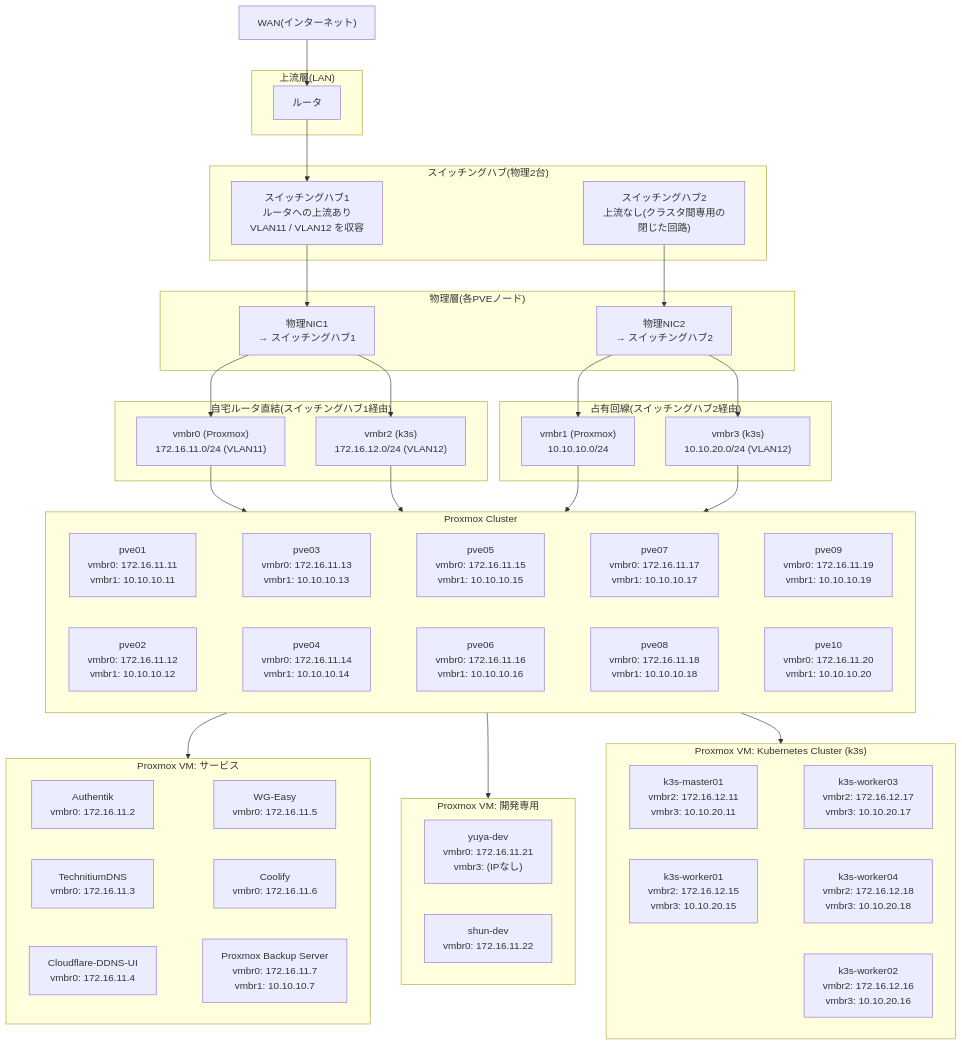
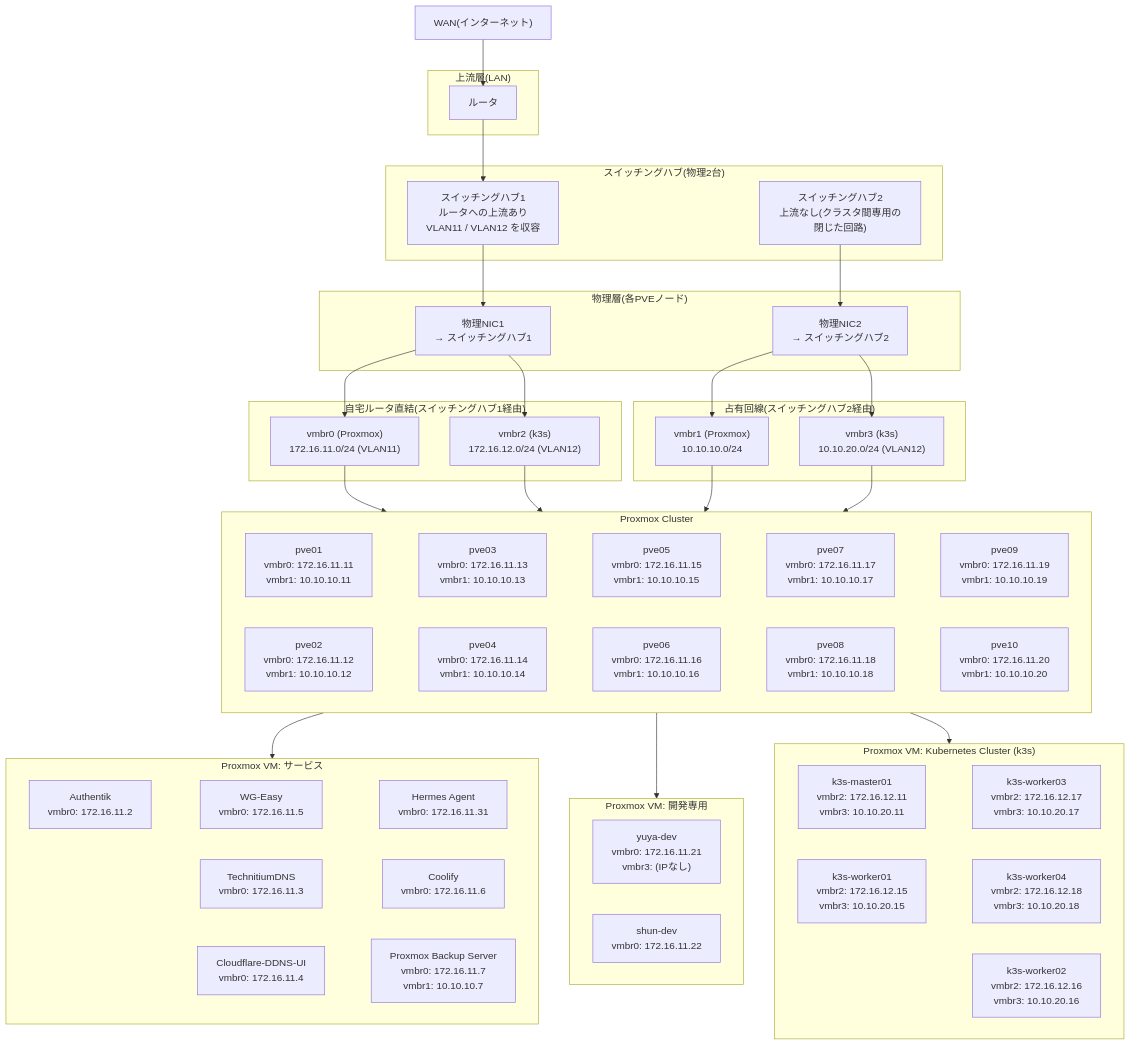
One commit to CHACCHAN/infrastructure changed the first of 2 diagrams in infrastructure.md. Above: the diagram before and after it, drawn with Mermaid. The commit also changed other lines of this file and 28 other files, not shown here.

```diff
--- a/infrastructure.md
+++ b/infrastructure.md
@@ -52,8 +52,9 @@
     vm_service04["WG-Easy<br>vmbr0: 172.16.11.5"]
     vm_service05["Coolify<br>vmbr0: 172.16.11.6"]
     vm_service06["Proxmox Backup Server<br>vmbr0: 172.16.11.7<br>vmbr1: 10.10.10.7"]
+    vm_service07["Hermes Agent<br>vmbr0: 172.16.11.31"]
 
-    vm_service01 ~~~ vm_service04
+    vm_service01 ~~~ vm_service04 ~~~ vm_service07
     vm_service02 ~~~ vm_service05
     vm_service03 ~~~ vm_service06
   end
```
